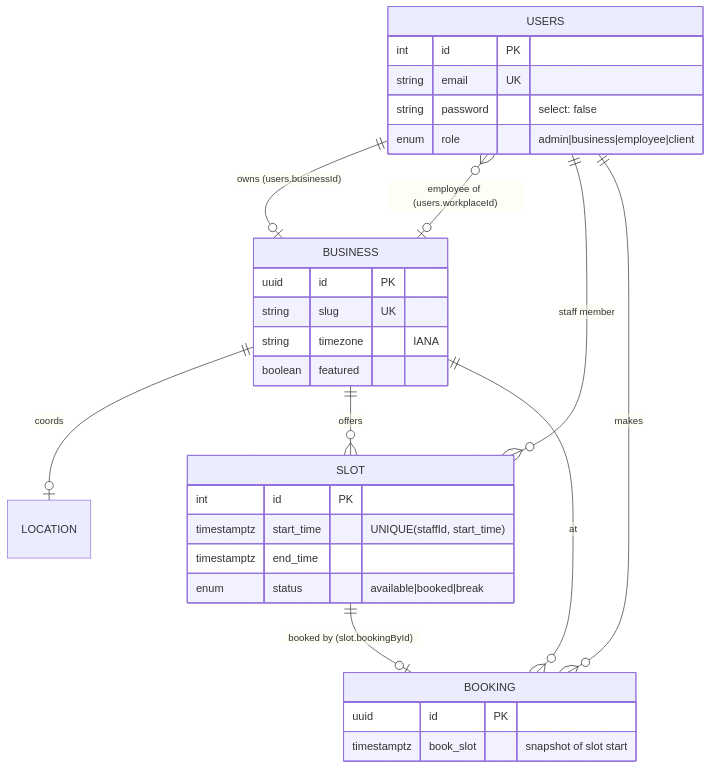
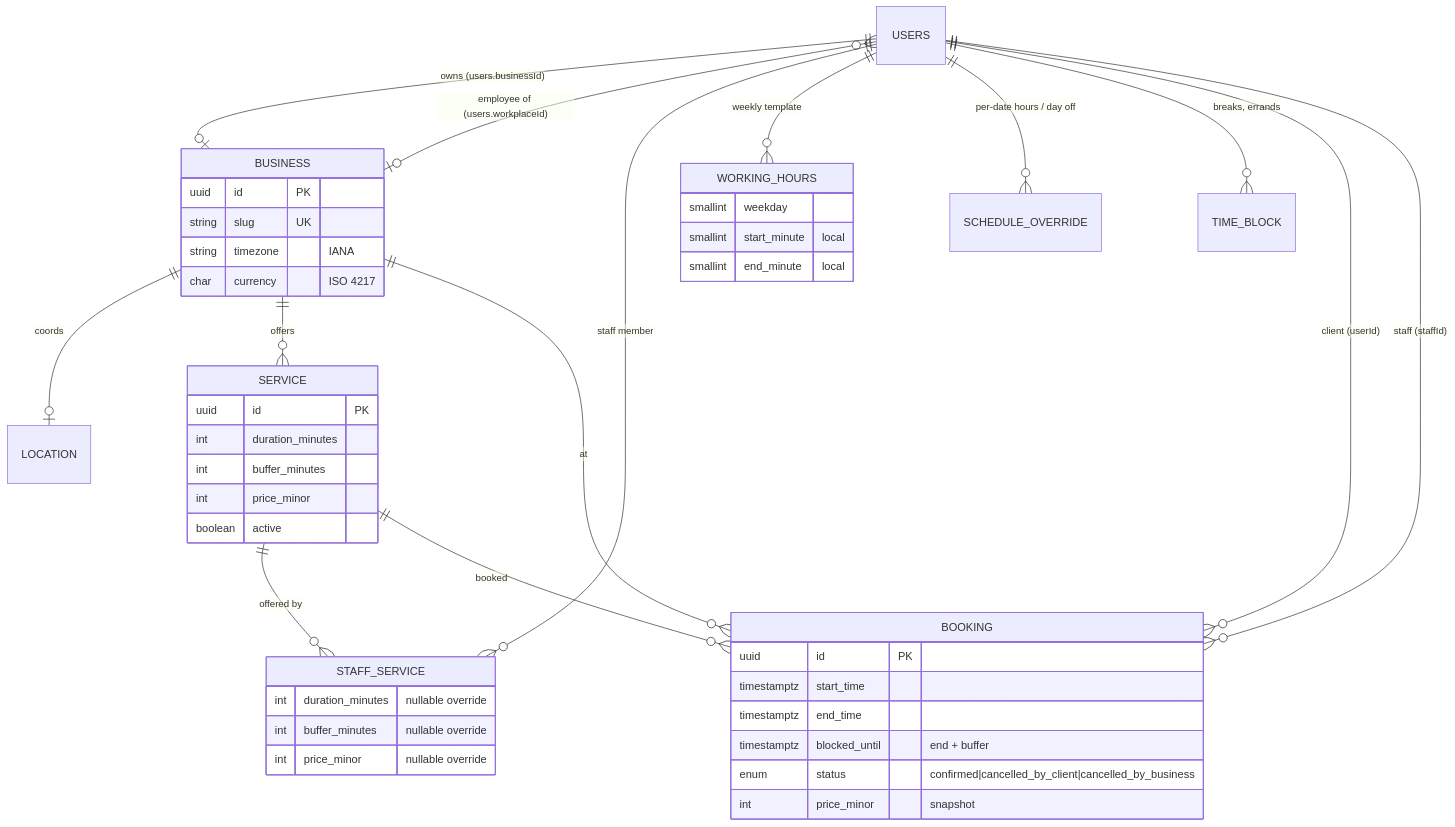
Before and after one commit to psytonik/smart-booking: the third of 4 diagrams in ARCHITECTURE.md, drawn with Mermaid. The commit also changed other lines of this file and 71 other files, not shown here.

````diff
--- a/ARCHITECTURE.md
+++ b/ARCHITECTURE.md
@@ -69,34 +72,48 @@
 ```mermaid
 erDiagram
     USERS ||--o| BUSINESS : "owns (users.businessId)"
     USERS }o--o| BUSINESS : "employee of (users.workplaceId)"
     BUSINESS ||--o| LOCATION : coords
-    BUSINESS ||--o{ SLOT : offers
-    USERS ||--o{ SLOT : "staff member"
-    SLOT ||--o| BOOKING : "booked by (slot.bookingById)"
-    USERS ||--o{ BOOKING : makes
+    BUSINESS ||--o{ SERVICE : offers
+    SERVICE ||--o{ STAFF_SERVICE : "offered by"
+    USERS ||--o{ STAFF_SERVICE : "staff member"
+    USERS ||--o{ WORKING_HOURS : "weekly template"
+    USERS ||--o{ SCHEDULE_OVERRIDE : "per-date hours / day off"
+    USERS ||--o{ TIME_BLOCK : "breaks, errands"
+    USERS ||--o{ BOOKING : "client (userId)"
+    USERS ||--o{ BOOKING : "staff (staffId)"
+    SERVICE ||--o{ BOOKING : booked
     BUSINESS ||--o{ BOOKING : at
 
-    USERS {
-        int id PK
-        string email UK
-        string password "select: false"
-        enum role "admin|business|employee|client"
-    }
     BUSINESS {
         uuid id PK
         string slug UK
         string timezone "IANA"
-        boolean featured
+        char currency "ISO 4217"
     }
-    SLOT {
-        int id PK
-        timestamptz start_time "UNIQUE(staffId, start_time)"
-        timestamptz end_time
-        enum status "available|booked|break"
+    SERVICE {
+        uuid id PK
+        int duration_minutes
+        int buffer_minutes
+        int price_minor
+        boolean active
+    }
+    STAFF_SERVICE {
+        int duration_minutes "nullable override"
+        int buffer_minutes "nullable override"
+        int price_minor "nullable override"
+    }
+    WORKING_HOURS {
+        smallint weekday
+        smallint start_minute "local"
+        smallint end_minute "local"
     }
     BOOKING {
         uuid id PK
-        timestamptz book_slot "snapshot of slot start"
+        timestamptz start_time
+        timestamptz end_time
+        timestamptz blocked_until "end + buffer"
+        enum status "confirmed|cancelled_by_client|cancelled_by_business"
+        int price_minor "snapshot"
     }
 ```
````
